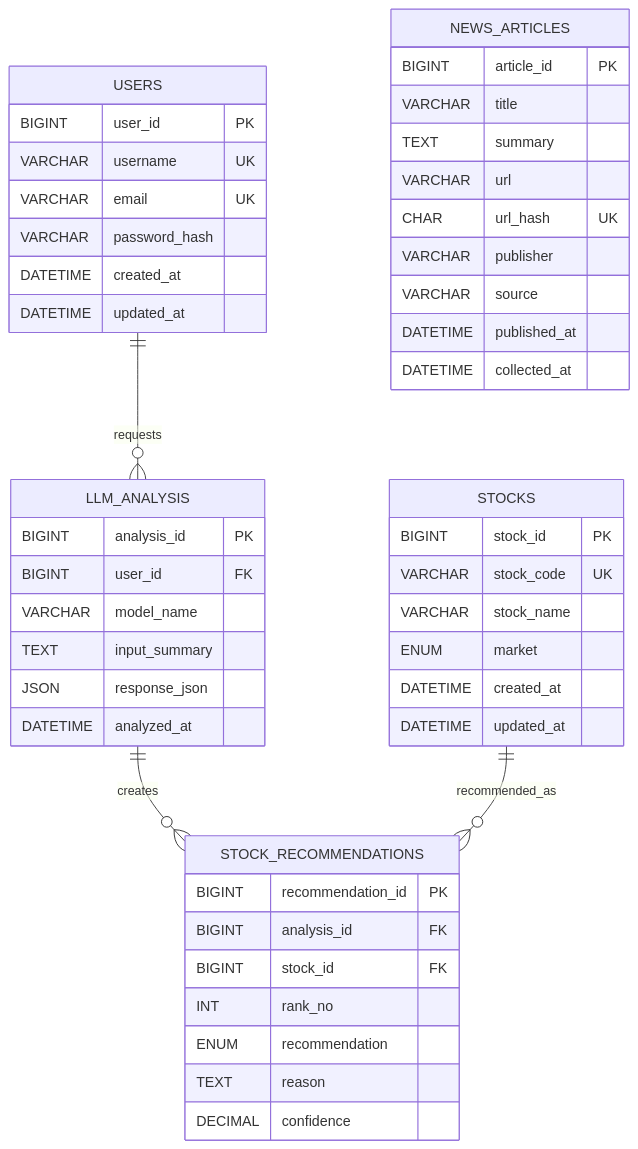
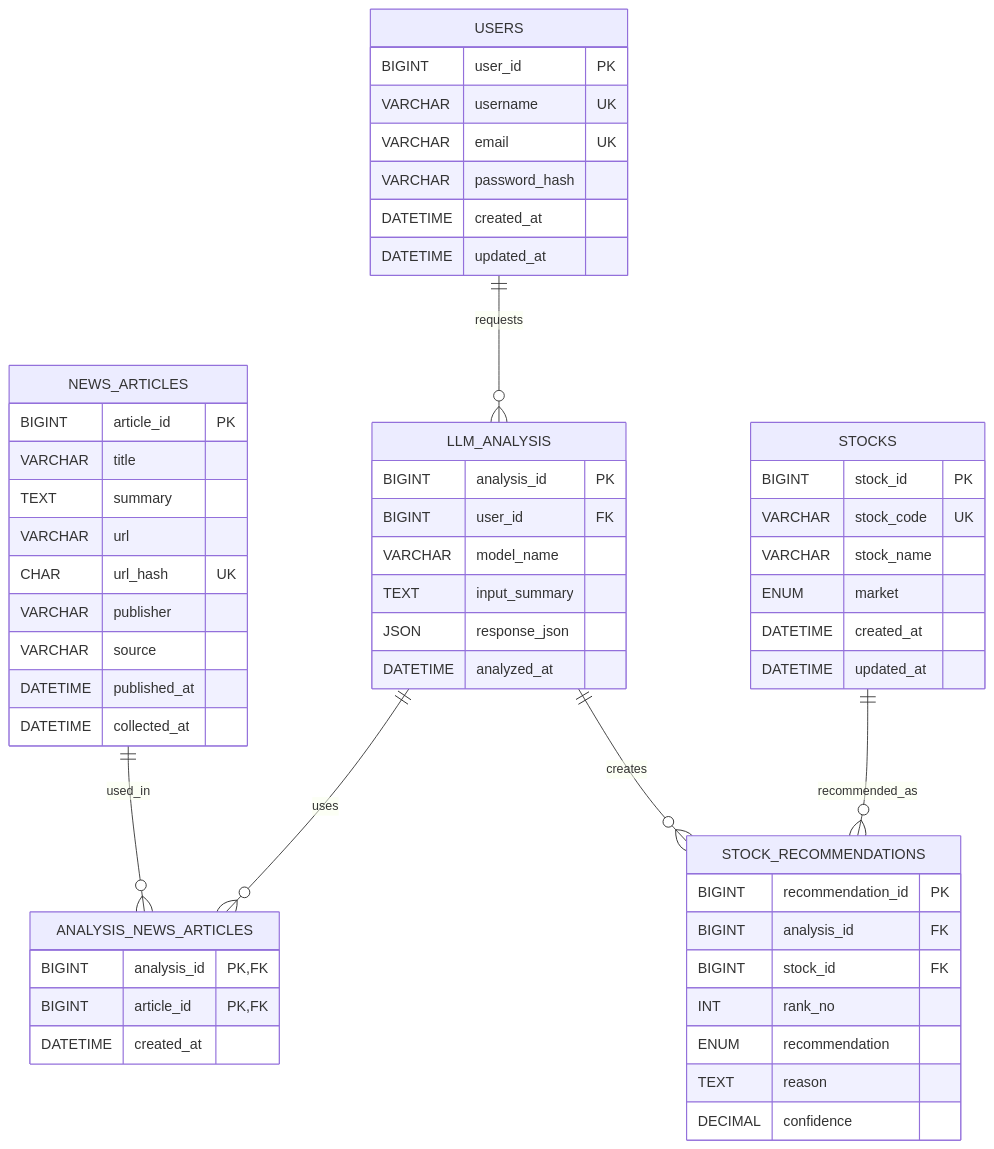
The diagram in docs/erd_visual.md (pleto333/DB_project), drawn with Mermaid before and after one commit. The commit also changed other lines of this file and 36 other files, not shown here.

````diff
--- a/docs/erd_visual.md
+++ b/docs/erd_visual.md
@@ -3,55 +3,63 @@
 ```mermaid
 erDiagram
     USERS ||--o{ LLM_ANALYSIS : requests
+    NEWS_ARTICLES ||--o{ ANALYSIS_NEWS_ARTICLES : used_in
+    LLM_ANALYSIS ||--o{ ANALYSIS_NEWS_ARTICLES : uses
     LLM_ANALYSIS ||--o{ STOCK_RECOMMENDATIONS : creates
     STOCKS ||--o{ STOCK_RECOMMENDATIONS : recommended_as
 
     USERS {
         BIGINT user_id PK
         VARCHAR username UK
         VARCHAR email UK
         VARCHAR password_hash
         DATETIME created_at
         DATETIME updated_at
     }
 
     STOCKS {
         BIGINT stock_id PK
         VARCHAR stock_code UK
         VARCHAR stock_name
         ENUM market
         DATETIME created_at
         DATETIME updated_at
     }
 
     NEWS_ARTICLES {
         BIGINT article_id PK
         VARCHAR title
         TEXT summary
         VARCHAR url
         CHAR url_hash UK
         VARCHAR publisher
         VARCHAR source
         DATETIME published_at
         DATETIME collected_at
     }
 
     LLM_ANALYSIS {
         BIGINT analysis_id PK
         BIGINT user_id FK
         VARCHAR model_name
         TEXT input_summary
         JSON response_json
         DATETIME analyzed_at
     }
 
+    ANALYSIS_NEWS_ARTICLES {
+        BIGINT analysis_id PK, FK
+        BIGINT article_id PK, FK
+        DATETIME created_at
+    }
+
     STOCK_RECOMMENDATIONS {
         BIGINT recommendation_id PK
         BIGINT analysis_id FK
         BIGINT stock_id FK
         INT rank_no
         ENUM recommendation
         TEXT reason
         DECIMAL confidence
     }
 ```
````
